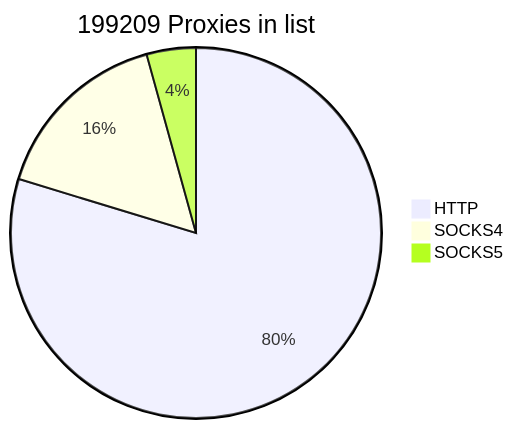
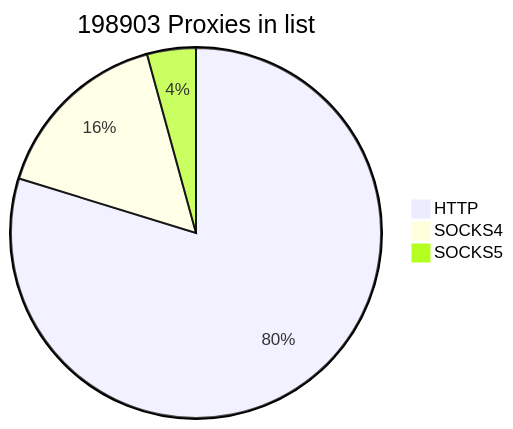
Before and after one commit to cutipu/proxylist: the first of 2 diagrams in README.md, drawn with Mermaid. The commit also changed other lines of this file, not shown here.

````diff
--- a/README.md
+++ b/README.md
@@ -2,7 +2,7 @@
 ```mermaid
-pie title 199209 Proxies in list
-    "HTTP" : 158787
-    "SOCKS4" : 31867
-    "SOCKS5" : 8555
+pie title 198903 Proxies in list
+    "HTTP" : 158641
+    "SOCKS4" : 31795
+    "SOCKS5" : 8467
             
 ```
````
